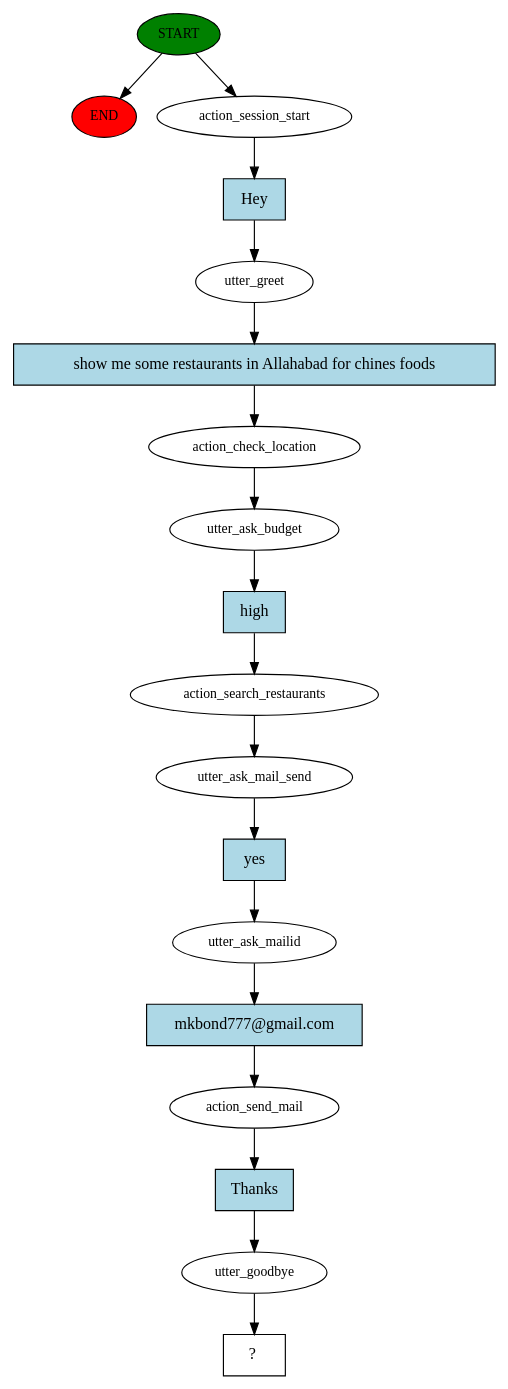
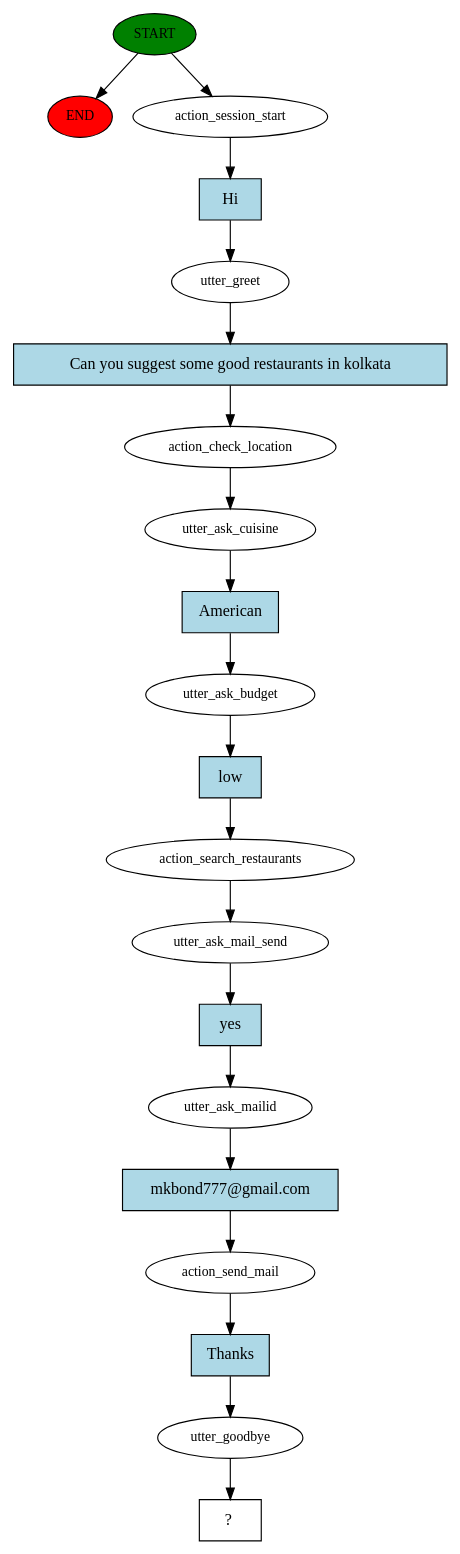
The diagram in story_graph.dot (mkbond777/rasa_restaurant_search), drawn with Graphviz before and after one commit. The commit also changed 4 other files, not shown here.

Commit message:
Handled low budget type issue.

```diff
--- a/story_graph.dot
+++ b/story_graph.dot
@@ -1,37 +1,41 @@
 digraph  {
 0 [class="start active", fillcolor=green, fontsize=12, label=START, style=filled];
 "-1" [class=end, fillcolor=red, fontsize=12, label=END, style=filled];
 1 [class=active, fontsize=12, label=action_session_start];
 2 [class=active, fontsize=12, label=utter_greet];
 3 [class=active, fontsize=12, label=action_check_location];
-4 [class=active, fontsize=12, label=utter_ask_budget];
-5 [class=active, fontsize=12, label=action_search_restaurants];
-6 [class=active, fontsize=12, label=utter_ask_mail_send];
-7 [class=active, fontsize=12, label=utter_ask_mailid];
-8 [class=active, fontsize=12, label=action_send_mail];
-9 [class=active, fontsize=12, label=utter_goodbye];
-10 [class="intent dashed active", label="  ?  ", shape=rect];
-11 [class="intent active", fillcolor=lightblue, label=Hey, shape=rect, style=filled];
-12 [class="intent active", fillcolor=lightblue, label="show me some restaurants in Allahabad for chines foods", shape=rect, style=filled];
-13 [class="intent active", fillcolor=lightblue, label=high, shape=rect, style=filled];
-14 [class="intent active", fillcolor=lightblue, label=yes, shape=rect, style=filled];
-15 [class="intent active", fillcolor=lightblue, label="mkbond777@gmail.com", shape=rect, style=filled];
-16 [class="intent active", fillcolor=lightblue, label=Thanks, shape=rect, style=filled];
+4 [class=active, fontsize=12, label=utter_ask_cuisine];
+5 [class=active, fontsize=12, label=utter_ask_budget];
+6 [class=active, fontsize=12, label=action_search_restaurants];
+7 [class=active, fontsize=12, label=utter_ask_mail_send];
+8 [class=active, fontsize=12, label=utter_ask_mailid];
+9 [class=active, fontsize=12, label=action_send_mail];
+10 [class=active, fontsize=12, label=utter_goodbye];
+11 [class="intent dashed active", label="  ?  ", shape=rect];
+12 [class="intent active", fillcolor=lightblue, label=Hi, shape=rect, style=filled];
+13 [class="intent active", fillcolor=lightblue, label="Can you suggest some good restaurants in kolkata", shape=rect, style=filled];
+14 [class="intent active", fillcolor=lightblue, label=American, shape=rect, style=filled];
+15 [class="intent active", fillcolor=lightblue, label=low, shape=rect, style=filled];
+16 [class="intent active", fillcolor=lightblue, label=yes, shape=rect, style=filled];
+17 [class="intent active", fillcolor=lightblue, label="mkbond777@gmail.com", shape=rect, style=filled];
+18 [class="intent active", fillcolor=lightblue, label=Thanks, shape=rect, style=filled];
 0 -> "-1"  [class="", key=NONE, label=""];
 0 -> 1  [class=active, key=NONE, label=""];
-1 -> 11  [class=active, key=0];
-2 -> 12  [class=active, key=0];
+1 -> 12  [class=active, key=0];
+2 -> 13  [class=active, key=0];
 3 -> 4  [class=active, key=NONE, label=""];
-4 -> 13  [class=active, key=0];
-5 -> 6  [class=active, key=NONE, label=""];
-6 -> 14  [class=active, key=0];
-7 -> 15  [class=active, key=0];
-8 -> 16  [class=active, key=0];
-9 -> 10  [class=active, key=NONE, label=""];
-11 -> 2  [class=active, key=0];
-12 -> 3  [class=active, key=0];
-13 -> 5  [class=active, key=0];
-14 -> 7  [class=active, key=0];
-15 -> 8  [class=active, key=0];
-16 -> 9  [class=active, key=0];
+4 -> 14  [class=active, key=0];
+5 -> 15  [class=active, key=0];
+6 -> 7  [class=active, key=NONE, label=""];
+7 -> 16  [class=active, key=0];
+8 -> 17  [class=active, key=0];
+9 -> 18  [class=active, key=0];
+10 -> 11  [class=active, key=NONE, label=""];
+12 -> 2  [class=active, key=0];
+13 -> 3  [class=active, key=0];
+14 -> 5  [class=active, key=0];
+15 -> 6  [class=active, key=0];
+16 -> 8  [class=active, key=0];
+17 -> 9  [class=active, key=0];
+18 -> 10  [class=active, key=0];
 }
```
